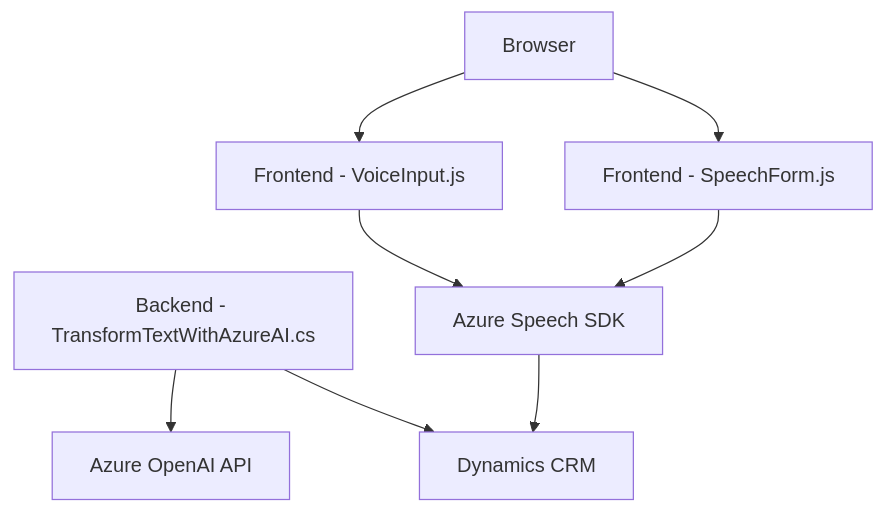
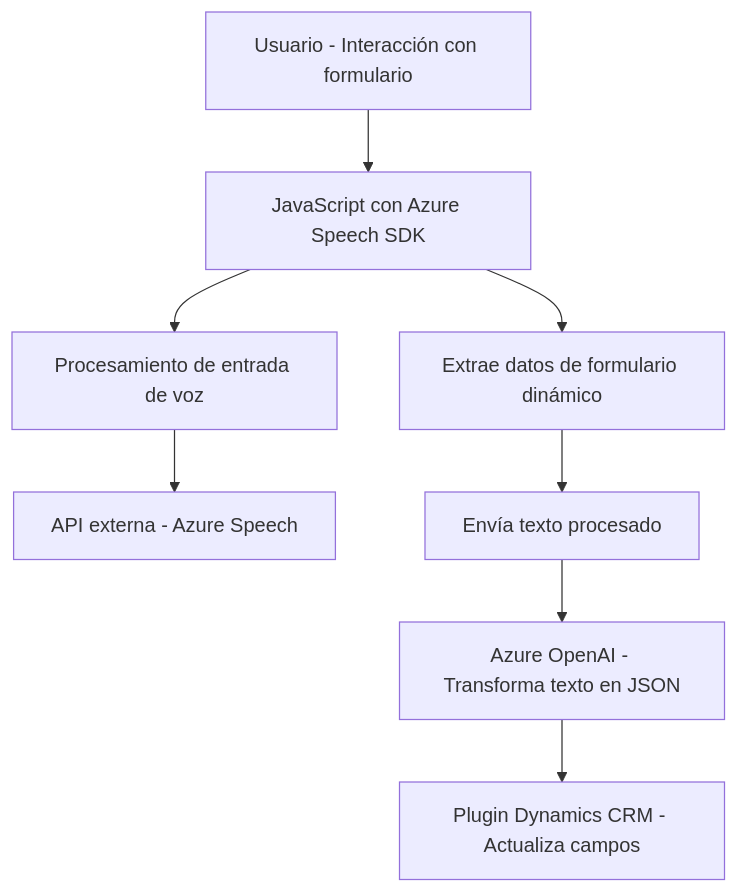
The diagram in README.md (blopezdm/NETCORE_BILBAO2025), drawn with Mermaid before and after one commit. The commit also changed other lines of this file, not shown here.

Commit message:
Actualizar análisis global de la solución con IA

````diff
--- a/README.md
+++ b/README.md
@@ -42,18 +40,10 @@
 ```mermaid
 graph TD
-    A["Frontend - VoiceInput.js"]
-    B["Frontend - SpeechForm.js"]
-    C["Backend - TransformTextWithAzureAI.cs"]
-    D["Azure Speech SDK"]
-    E["Azure OpenAI API"]
-    F["Dynamics CRM"]
-    G["Browser"]
-
-    G --> A
-    G --> B
-    A --> D
-    B --> D
-    C --> E
-    C --> F
-    D --> F
+    A["Usuario - Interacción con formulario"] --> B["JavaScript con Azure Speech SDK"]
+    B --> C["Procesamiento de entrada de voz"]
+    C --> D["API externa - Azure Speech"]
+    B --> E["Extrae datos de formulario dinámico"]
+    E --> F["Envía texto procesado"]
+    F --> G["Azure OpenAI - Transforma texto en JSON"]
+    G --> H["Plugin Dynamics CRM - Actualiza campos"]
 ```
````
